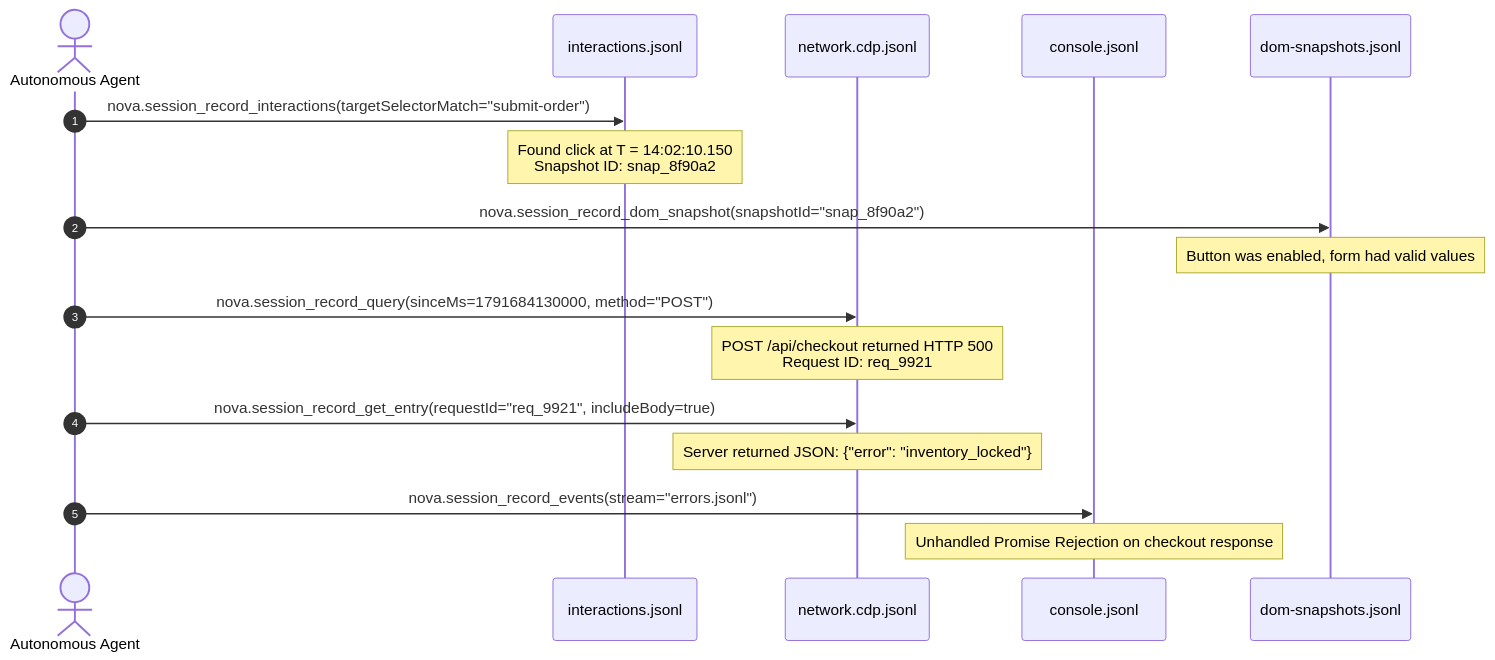
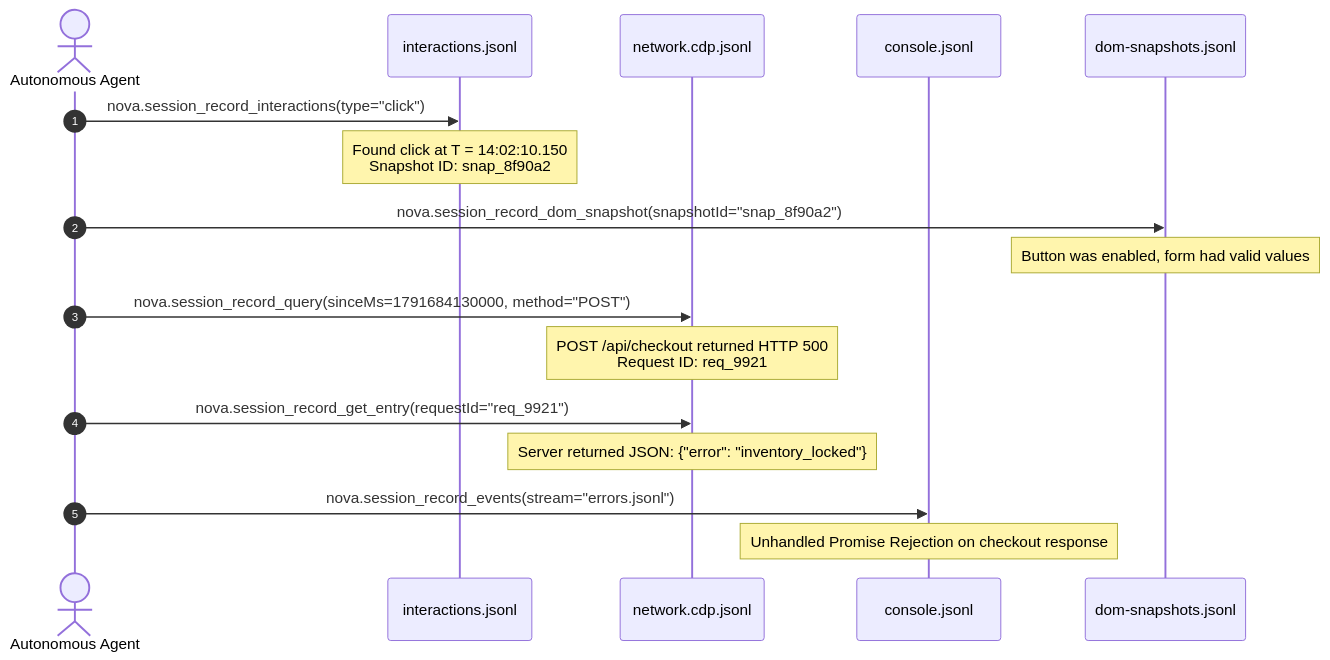
The diagram in docs/core-features/session-recording/query-and-time-travel/README.md (joelaniol/nova), drawn with Mermaid before and after one commit. The commit also changed other lines of this file and 128 other files, not shown here.

````diff
--- a/docs/core-features/session-recording/query-and-time-travel/README.md
+++ b/docs/core-features/session-recording/query-and-time-travel/README.md
@@ -13,20 +36,20 @@
 ```mermaid
 sequenceDiagram
     autonumber
     actor Agent as Autonomous Agent
     participant Interactions as interactions.jsonl
     participant Network as network.cdp.jsonl
     participant Console as console.jsonl
     participant Snapshots as dom-snapshots.jsonl
 
-    Agent->>Interactions: nova.session_record_interactions(targetSelectorMatch="submit-order")
+    Agent->>Interactions: nova.session_record_interactions(type="click")
     Note over Interactions: Found click at T = 14:02:10.150<br/>Snapshot ID: snap_8f90a2
     Agent->>Snapshots: nova.session_record_dom_snapshot(snapshotId="snap_8f90a2")
     Note over Snapshots: Button was enabled, form had valid values
     Agent->>Network: nova.session_record_query(sinceMs=1791684130000, method="POST")
     Note over Network: POST /api/checkout returned HTTP 500<br/>Request ID: req_9921
-    Agent->>Network: nova.session_record_get_entry(requestId="req_9921", includeBody=true)
+    Agent->>Network: nova.session_record_get_entry(requestId="req_9921")
     Note over Network: Server returned JSON: {"error": "inventory_locked"}
     Agent->>Console: nova.session_record_events(stream="errors.jsonl")
     Note over Console: Unhandled Promise Rejection on checkout response
 ```
````
